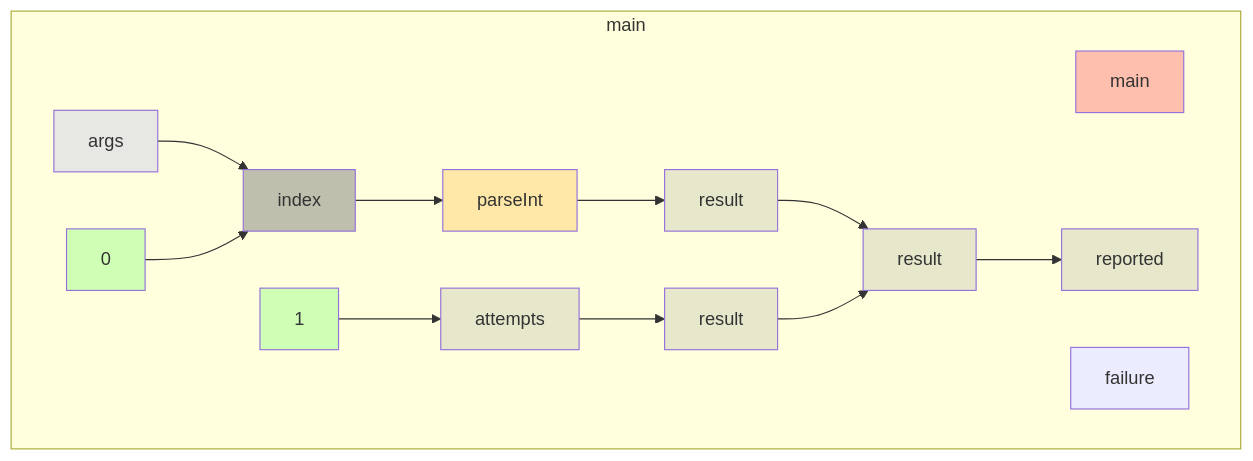
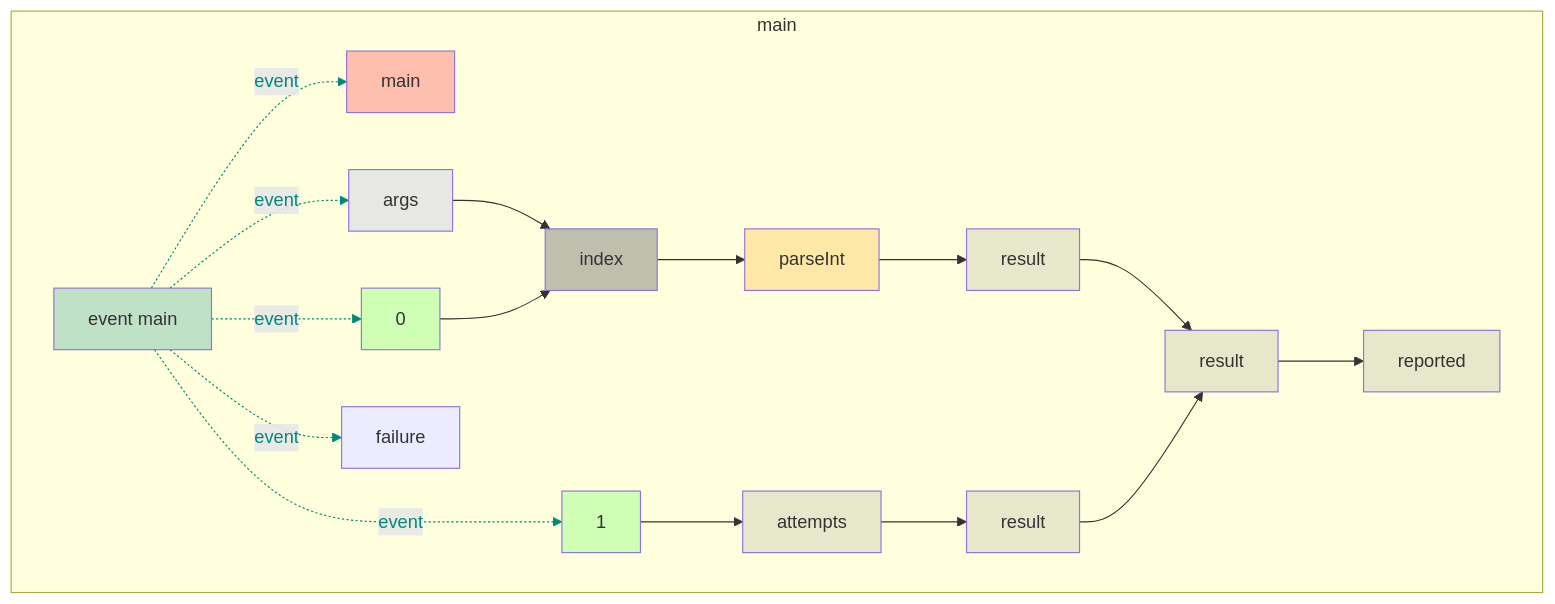
Before and after one commit to gstiebler/codeflow: the diagram in app/src/test/resources/tryCatch/snapshot.md, drawn with Mermaid. The commit also changed 77 other files, not shown here.

````diff
--- a/app/src/test/resources/tryCatch/snapshot.md
+++ b/app/src/test/resources/tryCatch/snapshot.md
@@ -1,33 +1,45 @@
 ```mermaid
 flowchart TD
   subgraph b0["main"]
-    n1[main]:::RETURN
-    n2[args]:::FUNC_PARAM
-    n3[1]:::LITERAL
-    n4[attempts]:::VARIABLE
-    n5[0]:::LITERAL
-    n6[index]:::BIN_OP
-    n7[parseInt]:::EXTERNAL
-    n8[result]:::VARIABLE
-    n9[failure]:::OBJ_VARIABLE
-    n10[result]:::VARIABLE
+    n1[event main]:::EVENT
+    n2[main]:::RETURN
+    n3[args]:::FUNC_PARAM
+    n4[1]:::LITERAL
+    n5[attempts]:::VARIABLE
+    n6[0]:::LITERAL
+    n7[index]:::BIN_OP
+    n8[parseInt]:::EXTERNAL
+    n9[result]:::VARIABLE
+    n10[failure]:::OBJ_VARIABLE
     n11[result]:::VARIABLE
-    n12[reported]:::VARIABLE
-    n2[args]:::FUNC_PARAM --> n6[index]:::BIN_OP
-    n3[1]:::LITERAL --> n4[attempts]:::VARIABLE
-    n4[attempts]:::VARIABLE --> n10[result]:::VARIABLE
-    n5[0]:::LITERAL --> n6[index]:::BIN_OP
-    n6[index]:::BIN_OP --> n7[parseInt]:::EXTERNAL
-    n7[parseInt]:::EXTERNAL --> n8[result]:::VARIABLE
-    n8[result]:::VARIABLE --> n11[result]:::VARIABLE
-    n10[result]:::VARIABLE --> n11[result]:::VARIABLE
-    n11[result]:::VARIABLE --> n12[reported]:::VARIABLE
+    n12[result]:::VARIABLE
+    n13[reported]:::VARIABLE
+    n1[event main]:::EVENT -. event .-> n2[main]:::RETURN
+    n1[event main]:::EVENT -. event .-> n3[args]:::FUNC_PARAM
+    n1[event main]:::EVENT -. event .-> n4[1]:::LITERAL
+    n1[event main]:::EVENT -. event .-> n6[0]:::LITERAL
+    n1[event main]:::EVENT -. event .-> n10[failure]:::OBJ_VARIABLE
+    n3[args]:::FUNC_PARAM --> n7[index]:::BIN_OP
+    n4[1]:::LITERAL --> n5[attempts]:::VARIABLE
+    n5[attempts]:::VARIABLE --> n11[result]:::VARIABLE
+    n6[0]:::LITERAL --> n7[index]:::BIN_OP
+    n7[index]:::BIN_OP --> n8[parseInt]:::EXTERNAL
+    n8[parseInt]:::EXTERNAL --> n9[result]:::VARIABLE
+    n9[result]:::VARIABLE --> n12[result]:::VARIABLE
+    n11[result]:::VARIABLE --> n12[result]:::VARIABLE
+    n12[result]:::VARIABLE --> n13[reported]:::VARIABLE
   end
+  linkStyle 0 stroke:#00897b,color:#00897b
+  linkStyle 1 stroke:#00897b,color:#00897b
+  linkStyle 2 stroke:#00897b,color:#00897b
+  linkStyle 3 stroke:#00897b,color:#00897b
+  linkStyle 4 stroke:#00897b,color:#00897b
   classDef LITERAL fill:#00FF0030
   classDef VARIABLE fill:#80808030
   classDef BIN_OP fill:#80808080
   classDef FUNC_PARAM fill:#8080FF30
   classDef RETURN fill:#FF808080
   classDef EXTERNAL fill:#FFA50040
   classDef UNMODELLED fill:#FF000030,stroke-dasharray: 4 2
+  classDef EVENT fill:#00897B40
 ```
````
